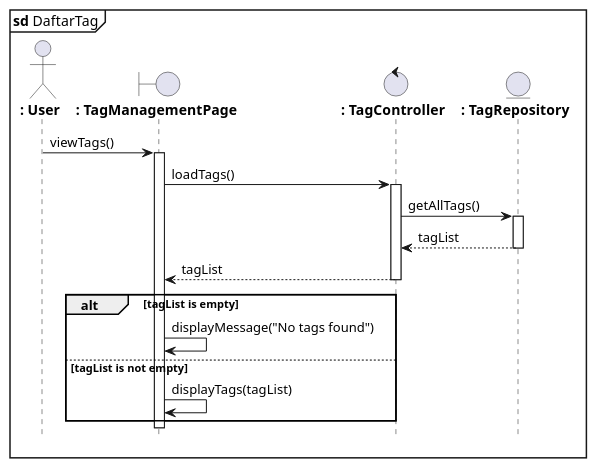
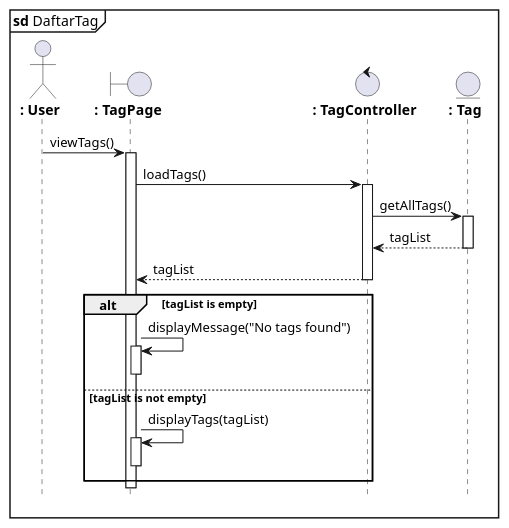
The diagram in daftar_tag.puml (azrappp/learning_uml2.0_pmul), drawn with PlantUML before and after one commit. The commit also changed 24 other files, not shown here.

```diff
--- a/daftar_tag.puml
+++ b/daftar_tag.puml
@@ -1,33 +1,37 @@
 @startuml
 mainframe **sd** DaftarTag
 hide footbox
 
 actor "**: User**" as User
-boundary "**: TagManagementPage**" as TagManagementPage
+boundary "**: TagPage**" as TagManagementPage
 control "**: TagController**" as TagController
-entity "**: TagRepository**" as TagRepository
+entity "**: Tag**" as TagRepository
 
 User -> TagManagementPage : viewTags()
 activate TagManagementPage
 
 TagManagementPage -> TagController : loadTags()
 activate TagController
 
 TagController -> TagRepository : getAllTags()
 activate TagRepository
 
 TagRepository --> TagController : tagList
 deactivate TagRepository
 
 TagController --> TagManagementPage : tagList
 deactivate TagController
 
 alt tagList is empty
     TagManagementPage -> TagManagementPage : displayMessage("No tags found")
+    activate TagManagementPage
+    deactivate TagManagementPage
 else tagList is not empty
     TagManagementPage -> TagManagementPage : displayTags(tagList)
+    activate TagManagementPage
+    deactivate TagManagementPage
 end
 
 deactivate TagManagementPage
 
 @enduml
```
